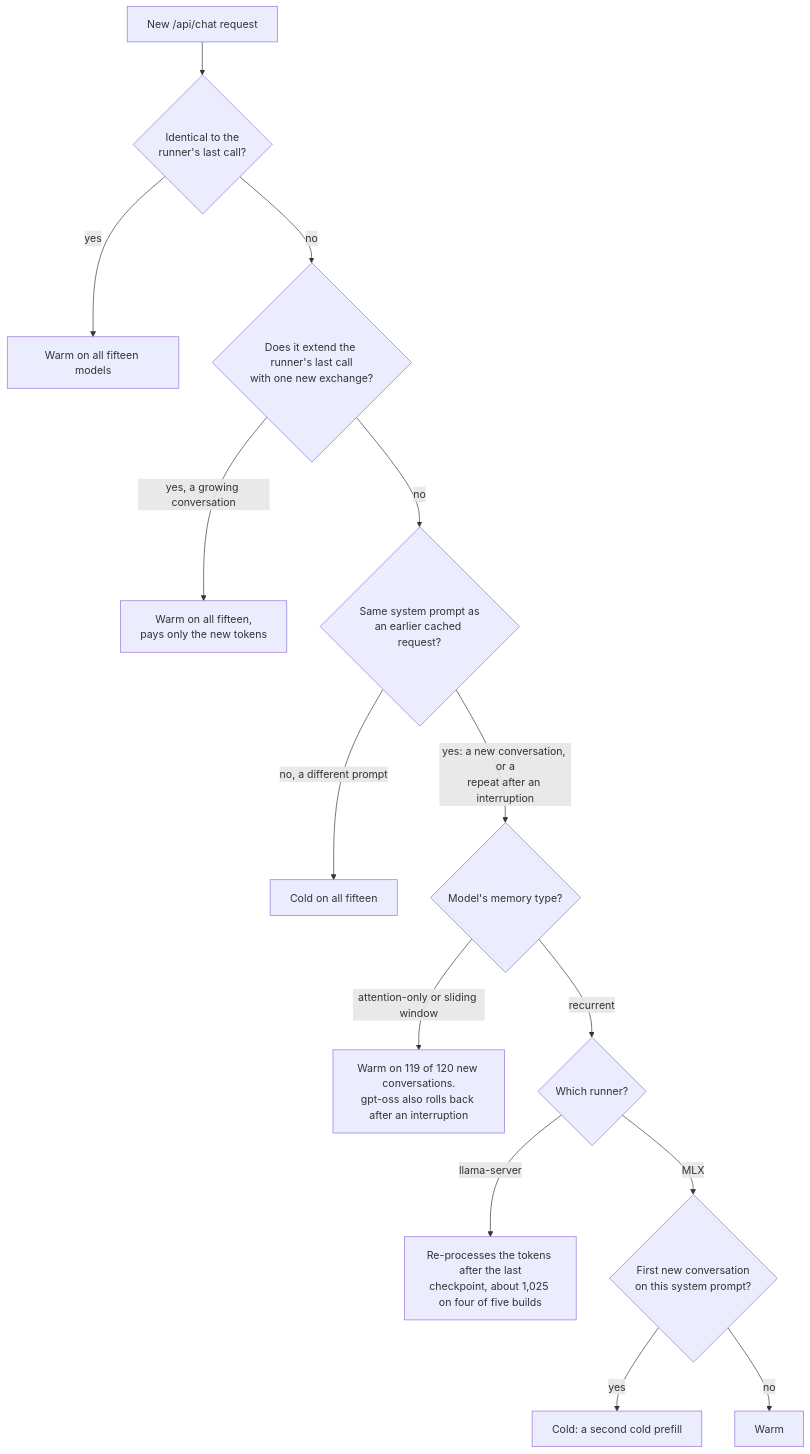
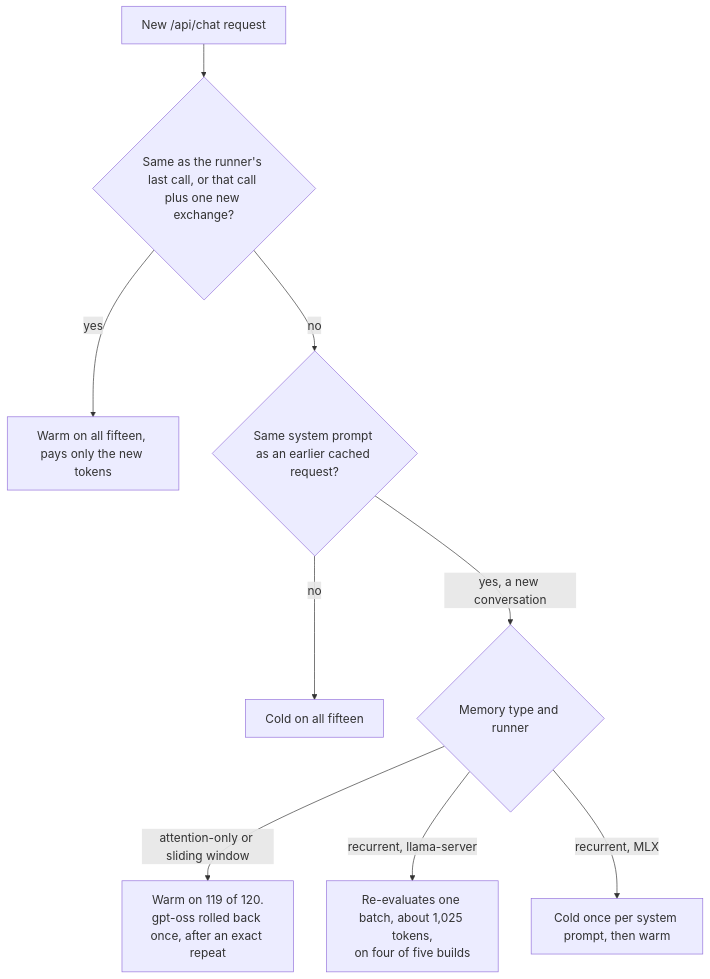
The first of 3 diagrams in adaptive_chat_server_dart/blog/article-8-prompt-cache-draft.md (freemansoft/Flutter-AdaptiveCards), drawn with Mermaid before and after one commit. The commit also changed other lines of this file and 1 other file, not shown here.

First line of the commit message:
docs(chat-server): article 8 review pass — attention-only realigned to the notebook, each incident told once, diagrams shortened

````diff
--- a/adaptive_chat_server_dart/blog/article-8-prompt-cache-draft.md
+++ b/adaptive_chat_server_dart/blog/article-8-prompt-cache-draft.md
@@ -33,16 +40,12 @@
 ```mermaid
+%%{init: {'themeVariables': {'fontSize': '18px'}}}%%
 flowchart TD
-  A[New /api/chat request] --> B{Identical to the<br/>runner's last call?}
-  B -- yes --> C[Warm on all fifteen models]
-  B -- no --> D{Does it extend the runner's last call<br/>with one new exchange?}
-  D -- yes, a growing conversation --> E[Warm on all fifteen,<br/>pays only the new tokens]
-  D -- no --> F{Same system prompt as<br/>an earlier cached request?}
-  F -- no, a different prompt --> G[Cold on all fifteen]
-  F -- yes: a new conversation, or a<br/>repeat after an interruption --> H{Model's memory type?}
-  H -- attention-only or sliding window --> I[Warm on 119 of 120 new conversations.<br/>gpt-oss also rolls back after an interruption]
-  H -- recurrent --> R{Which runner?}
-  R -- llama-server --> S[Re-processes the tokens after the last<br/>checkpoint, about 1,025 on four of five builds]
-  R -- MLX --> K{First new conversation<br/>on this system prompt?}
-  K -- yes --> J[Cold: a second cold prefill]
-  K -- no --> L[Warm]
+  A[New /api/chat request] --> B{Same as the runner's last call, or that call plus one new exchange?}
+  B -- yes --> C[Warm on all fifteen, pays only the new tokens]
+  B -- no --> F{Same system prompt as an earlier cached request?}
+  F -- no --> G[Cold on all fifteen]
+  F -- yes, a new conversation --> H{Memory type and runner}
+  H -- attention-only or sliding window --> I[Warm on 119 of 120.<br/>gpt-oss rolled back once, after an exact repeat]
+  H -- recurrent, llama-server --> S[Re-evaluates one batch, about 1,025 tokens,<br/>on four of five builds]
+  H -- recurrent, MLX --> J[Cold once per system prompt, then warm]
 ```
````
